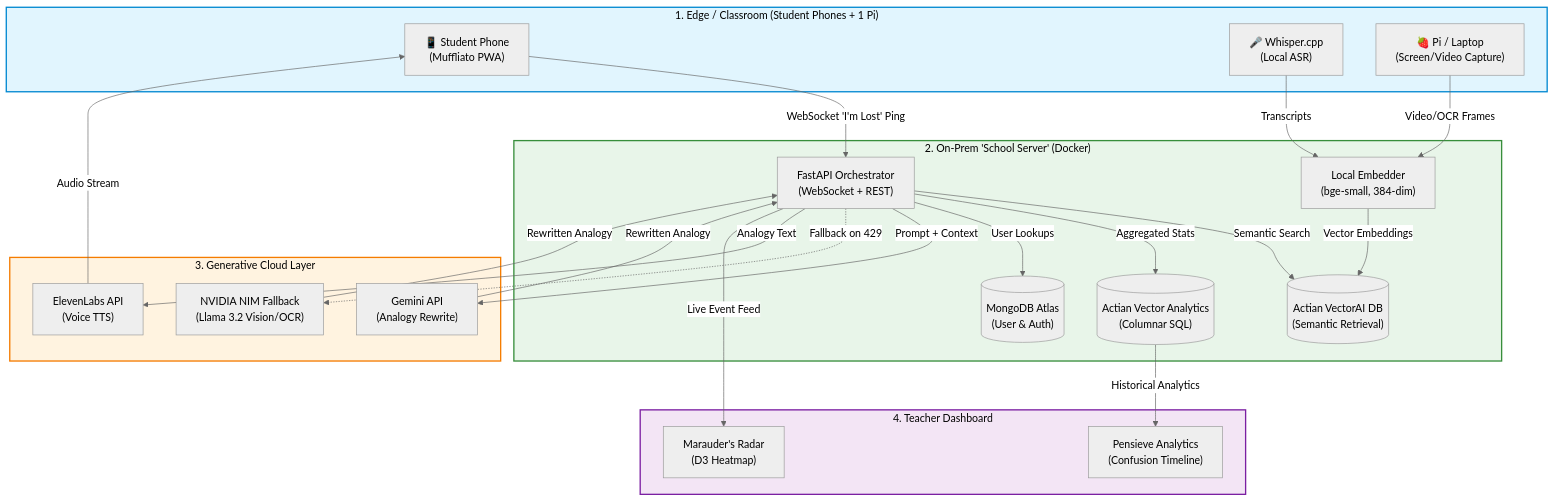
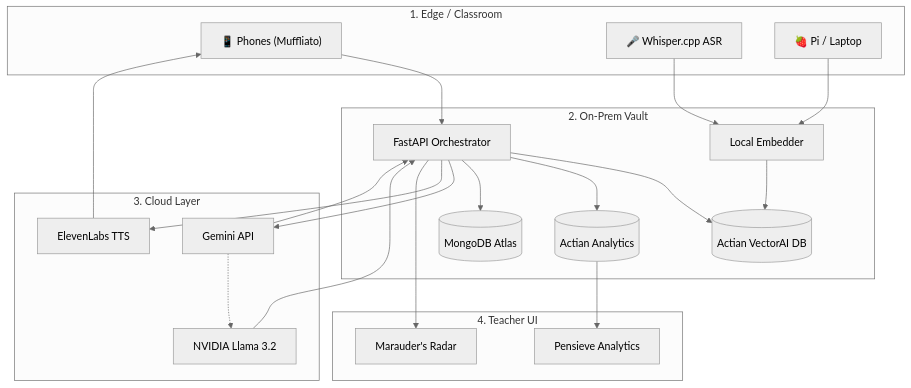
The diagram in README.md (Sourodyuti/TeamTraction), drawn with Mermaid (neutral theme) before and after one commit. The commit also changed other lines of this file and 8 other files, not shown here.

Commit message:
docs: add magical animated headers and glowing SVG architecture diagram

````diff
--- a/README.md
+++ b/README.md
@@ -56,63 +106,31 @@
 ```mermaid
 flowchart TD
-  %% Edge / Classroom Layer
-  subgraph EDGE ["1. Edge / Classroom (Student Phones + 1 Pi)"]
-    P1["📱 Student Phone<br/>(Muffliato PWA)"]
-    P2["🎤 Whisper.cpp<br/>(Local ASR)"]
-    P3["🍓 Pi / Laptop<br/>(Screen/Video Capture)"]
+  subgraph EDGE ["1. Edge / Classroom"]
+    P1["📱 Phones (Muffliato)"]
+    P2["🎤 Whisper.cpp ASR"]
+    P3["🍓 Pi / Laptop"]
+  end
+  subgraph CORE ["2. On-Prem Vault"]
+    API["FastAPI Orchestrator"]
+    EMB["Local Embedder"]
+    ADB[("Actian VectorAI DB")]
+    AVEC[("Actian Analytics")]
+    MONGO[("MongoDB Atlas")]
+  end
+  subgraph CLOUD ["3. Cloud Layer"]
+    GEM["Gemini API"]
+    NVIDIA["NVIDIA Llama 3.2"]
+    ELE["ElevenLabs TTS"]
+  end
+  subgraph UI ["4. Teacher UI"]
+    RAD["Marauder's Radar"]
+    PEN["Pensieve Analytics"]
   end
 
-  %% On-Prem School Server Layer
-  subgraph CORE ["2. On-Prem 'School Server' (Docker)"]
-    API["FastAPI Orchestrator<br/>(WebSocket + REST)"]
-    EMB["Local Embedder<br/>(bge-small, 384-dim)"]
-    ADB[("Actian VectorAI DB<br/>(Semantic Retrieval)")]
-    AVEC[("Actian Vector Analytics<br/>(Columnar SQL)")]
-    MONGO[("MongoDB Atlas<br/>(User & Auth)")]
-  end
-
-  %% Generative Cloud Layer
-  subgraph CLOUD ["3. Generative Cloud Layer"]
-    GEM["Gemini API<br/>(Analogy Rewrite)"]
-    NVIDIA["NVIDIA NIM Fallback<br/>(Llama 3.2 Vision/OCR)"]
-    ELE["ElevenLabs API<br/>(Voice TTS)"]
-  end
-
-  %% Teacher Dashboard Layer
-  subgraph UI ["4. Teacher Dashboard"]
-    RAD["Marauder's Radar<br/>(D3 Heatmap)"]
-    PEN["Pensieve Analytics<br/>(Confusion Timeline)"]
-  end
-
-  %% Data Flow Connections
-  P1 -- "WebSocket 'I'm Lost' Ping" --> API
-  P2 -- "Transcripts" --> EMB
-  P3 -- "Video/OCR Frames" --> EMB
-  
-  EMB -- "Vector Embeddings" --> ADB
-  API -- "Semantic Search" --> ADB
-  API -- "Aggregated Stats" --> AVEC
-  API -- "User Lookups" --> MONGO
-  
-  API -- "Prompt + Context" --> GEM
-  API -. "Fallback on 429" .-> NVIDIA
-  GEM -- "Rewritten Analogy" --> API
-  NVIDIA -- "Rewritten Analogy" --> API
-  
-  API -- "Analogy Text" --> ELE
-  ELE -- "Audio Stream" --> P1
-  
-  API -- "Live Event Feed" --> RAD
-  AVEC -- "Historical Analytics" --> PEN
-
-  %% Styling
-  classDef edge fill:#e1f5fe,stroke:#0288d1,stroke-width:2px,color:#000
-  classDef core fill:#e8f5e9,stroke:#388e3c,stroke-width:2px,color:#000
-  classDef cloud fill:#fff3e0,stroke:#f57c00,stroke-width:2px,color:#000
-  classDef ui fill:#f3e5f5,stroke:#7b1fa2,stroke-width:2px,color:#000
-  
-  class EDGE edge
-  class CORE core
-  class CLOUD cloud
-  class UI ui
+  P1 --> API; P2 --> EMB; P3 --> EMB; EMB --> ADB
+  API --> ADB; API --> AVEC; API --> MONGO
+  API --> GEM -.-> NVIDIA
+  GEM --> API; NVIDIA --> API
+  API --> ELE; ELE --> P1
+  API --> RAD; AVEC --> PEN
 ```
````
